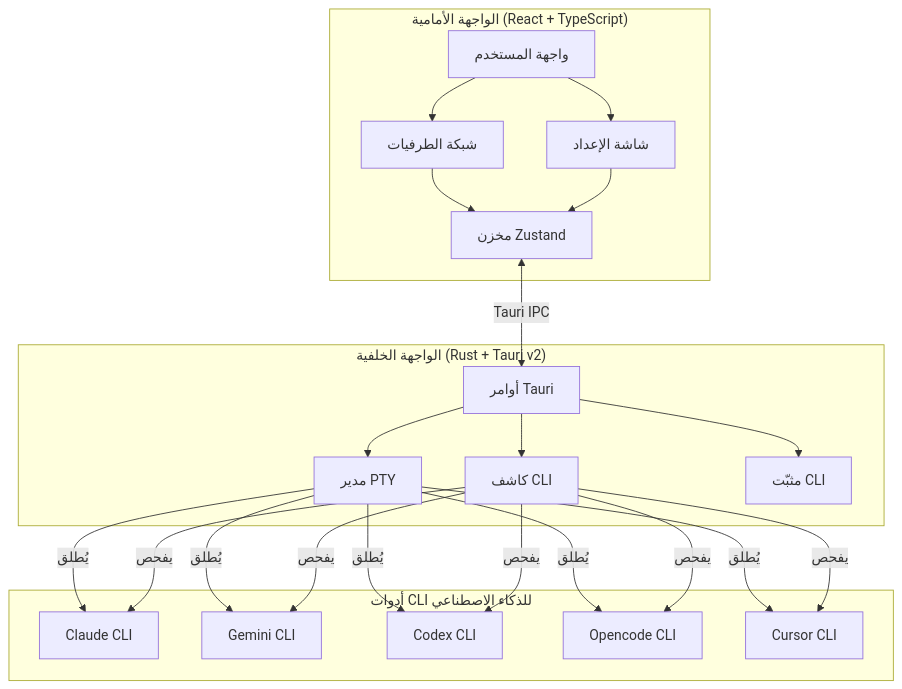
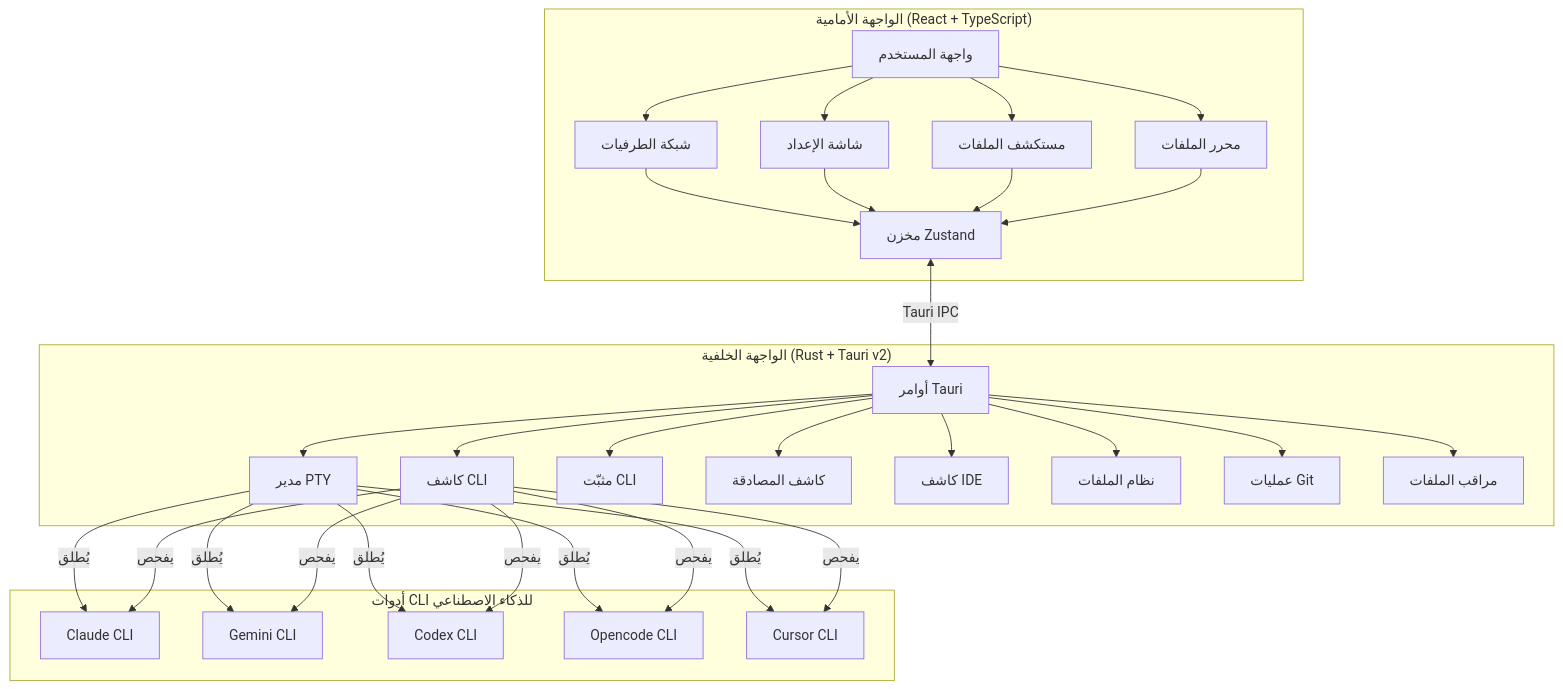
The first of 2 diagrams in ARREADME.MD (wolfenazz/AgentsLand), drawn with Mermaid before and after one commit. The commit also changed other lines of this file and 6 other files, not shown here.

First line of the commit message:
Add file explorer, IDE support in READMEs

````diff
--- a/ARREADME.MD
+++ b/ARREADME.MD
@@ -153,46 +178,62 @@
 ```mermaid
 graph TB
     subgraph Frontend["الواجهة الأمامية (React + TypeScript)"]
         UI[واجهة المستخدم]
         Grid[شبكة الطرفيات]
         Setup[شاشة الإعداد]
         Store[مخزن Zustand]
+        Explorer[مستكشف الملفات]
+        Editor[محرر الملفات]
     end
 
     subgraph Backend["الواجهة الخلفية (Rust + Tauri v2)"]
         Commands[أوامر Tauri]
         PTY[مدير PTY]
         Detector[كاشف CLI]
         Installer[مثبّت CLI]
+        Auth[كاشف المصادقة]
+        Ide[كاشف IDE]
+        Fs[نظام الملفات]
+        Git[عمليات Git]
+        Watcher[مراقب الملفات]
     end
 
     subgraph CLIs["أدوات CLI للذكاء الاصطناعي"]
         Claude[Claude CLI]
         Gemini[Gemini CLI]
         Codex[Codex CLI]
         Opencode[Opencode CLI]
         Cursor[Cursor CLI]
     end
 
     UI --> Grid
     UI --> Setup
+    UI --> Explorer
+    UI --> Editor
     Grid --> Store
     Setup --> Store
+    Explorer --> Store
+    Editor --> Store
     
     Store <-->|Tauri IPC| Commands
     Commands --> PTY
     Commands --> Detector
     Commands --> Installer
+    Commands --> Auth
+    Commands --> Ide
+    Commands --> Fs
+    Commands --> Git
+    Commands --> Watcher
     
     PTY -->|يُطلق| Claude
     PTY -->|يُطلق| Gemini
     PTY -->|يُطلق| Codex
     PTY -->|يُطلق| Opencode
     PTY -->|يُطلق| Cursor
     
     Detector -->|يفحص| Claude
     Detector -->|يفحص| Gemini
     Detector -->|يفحص| Codex
     Detector -->|يفحص| Opencode
     Detector -->|يفحص| Cursor
 ```
````
